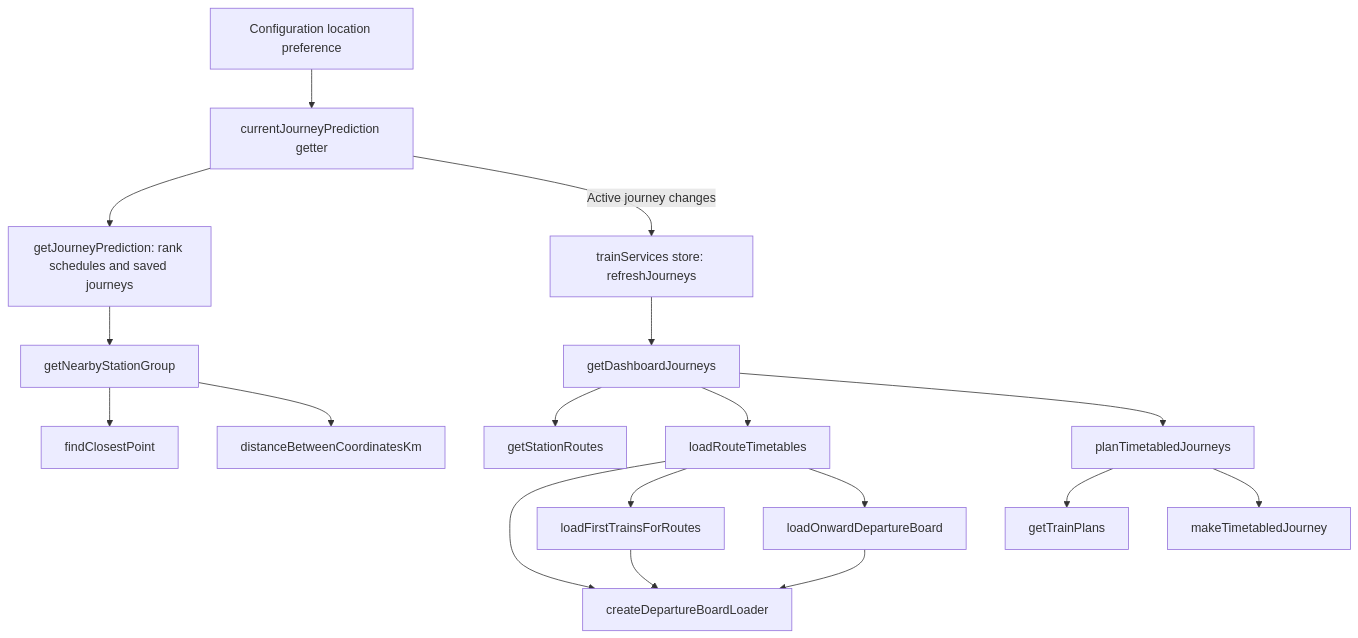
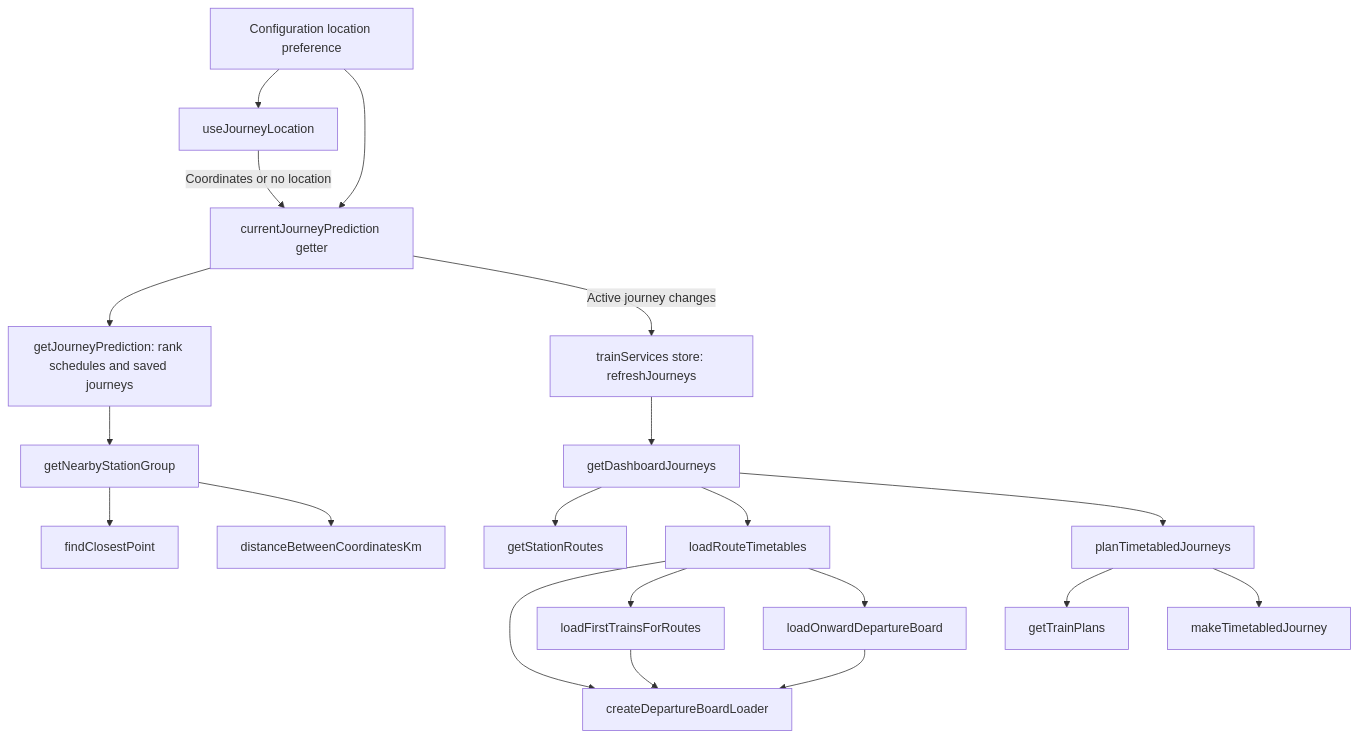
Before and after one commit to nd9600/trainDashboard: the second of 5 diagrams in docs/journey-planning.md, drawn with Mermaid. The commit also changed other lines of this file and 109 other files, not shown here.

````diff
--- a/docs/journey-planning.md
+++ b/docs/journey-planning.md
@@ -43,34 +43,36 @@
 ```mermaid
 flowchart TD
     selection[currentJourneyPrediction getter]
     prediction[getJourneyPrediction: rank schedules and saved journeys]
     nearby[getNearbyStationGroup]
     refresh[trainServices store: refreshJourneys]
     dashboard[getDashboardJourneys]
     routes[getStationRoutes]
     load[loadRouteTimetables]
     requests[createDepartureBoardLoader]
     first[loadFirstTrainsForRoutes]
     onward[loadOnwardDepartureBoard]
     plan[planTimetabledJourneys]
     trainPlans[getTrainPlans]
     make[makeTimetabledJourney]
 
-    config[Configuration location preference] --> selection
+    config[Configuration location preference] --> location[useJourneyLocation]
+    location -->|Coordinates or no location| selection
+    config --> selection
     selection --> prediction
     prediction --> nearby
     nearby --> closest[findClosestPoint]
     nearby --> distance[distanceBetweenCoordinatesKm]
     selection -->|Active journey changes| refresh
     refresh --> dashboard
     dashboard --> routes
     dashboard --> load
     load --> requests
     load --> first
     load --> onward
     first --> requests
     onward --> requests
     dashboard --> plan
     plan --> trainPlans
     plan --> make
 ```
````
